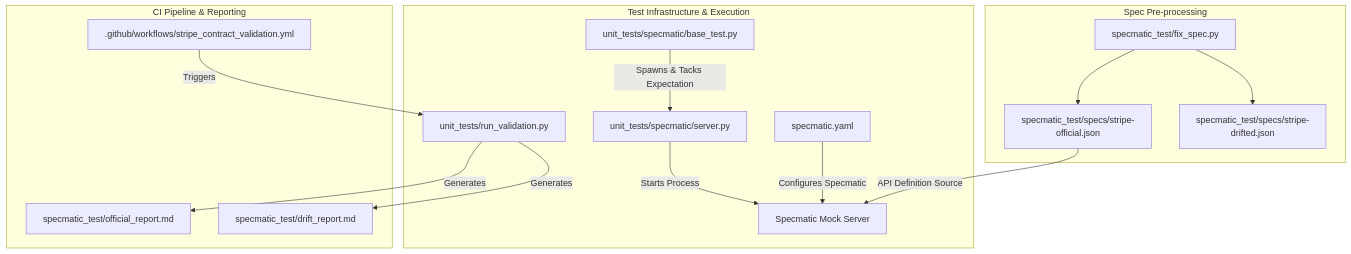
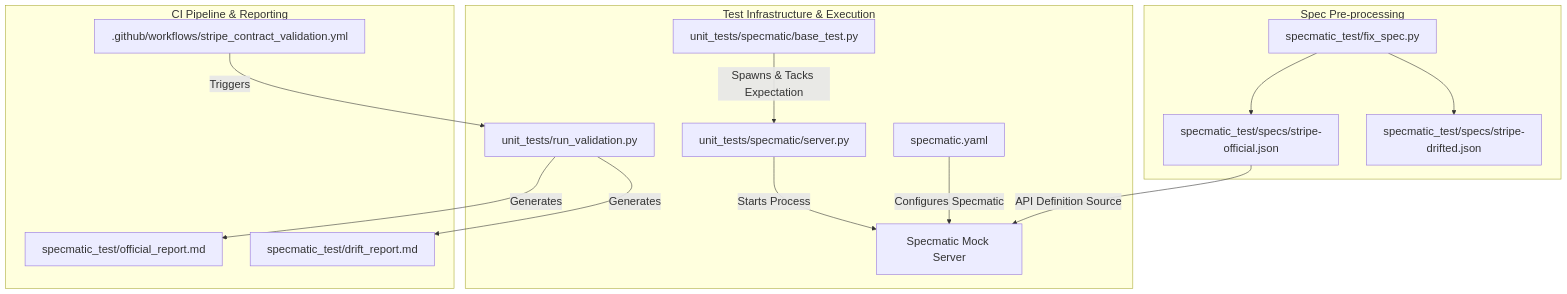
One commit to Aryant142/ai-firewall-frontend changed the diagram in README.md. Above: the diagram before and after it, drawn with Mermaid.

Commit message:
Update README with validation pipeline diagram
Added a mermaid diagram to illustrate the validation pipeline.

````diff
--- a/README.md
+++ b/README.md
@@ -23,32 +23,33 @@
 ```mermaid
+%%{init: {'themeVariables': {'fontSize': '20px', 'fontFamily': 'Arial, sans-serif'}}}%%
 graph TD
     subgraph Spec Pre-processing
         fix_spec["specmatic_test/fix_spec.py"]
         official_spec["specmatic_test/specs/stripe-official.json"]
         drifted_spec["specmatic_test/specs/stripe-drifted.json"]
         fix_spec --> official_spec
         fix_spec --> drifted_spec
     end
 
     subgraph Test Infrastructure & Execution
         base_test["unit_tests/specmatic/base_test.py"]
         srv["unit_tests/specmatic/server.py"]
         validation_runner["unit_tests/run_validation.py"]
         config_yaml["specmatic.yaml"]
 
         srv --> |Starts Process| specmatic_process[Specmatic Mock Server]
         base_test --> |Spawns & Tacks Expectation| srv
         config_yaml --> |Configures Specmatic| specmatic_process
         official_spec --> |API Definition Source| specmatic_process
     end
 
     subgraph CI Pipeline & Reporting
         github_action[".github/workflows/stripe_contract_validation.yml"]
         official_report["specmatic_test/official_report.md"]
         drift_report["specmatic_test/drift_report.md"]
 
         github_action --> |Triggers| validation_runner
         validation_runner --> |Generates| official_report
         validation_runner --> |Generates| drift_report
     end
 ```
````
